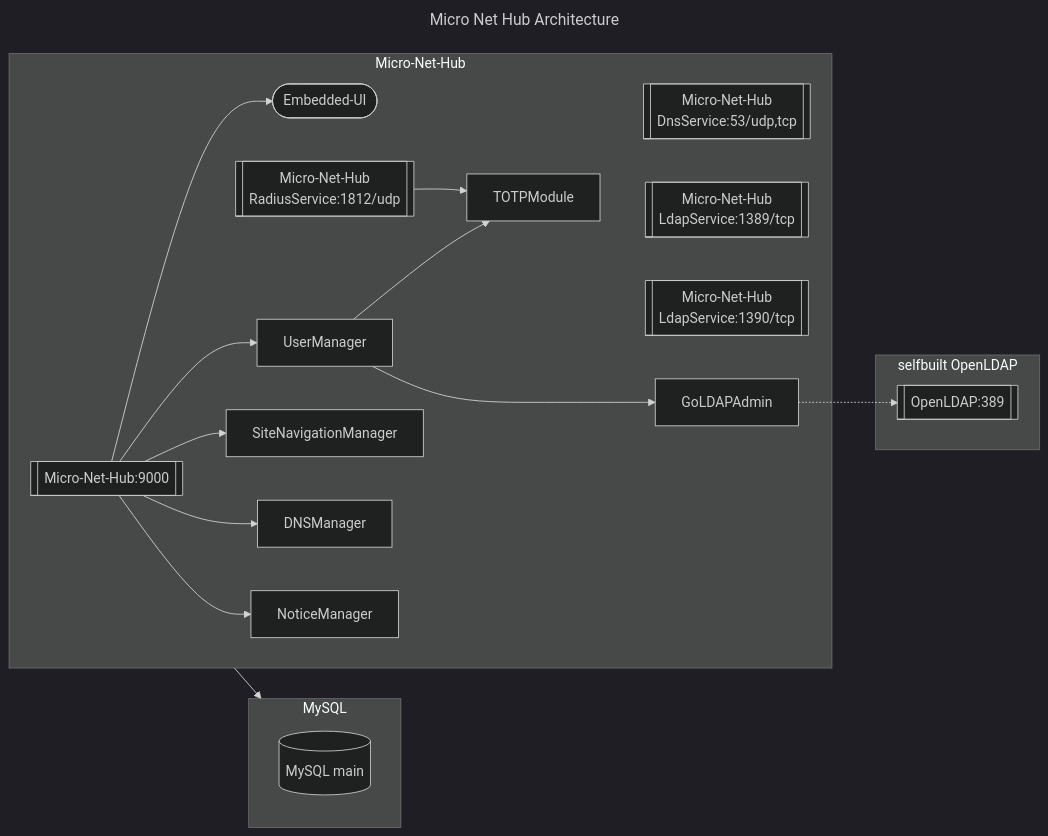
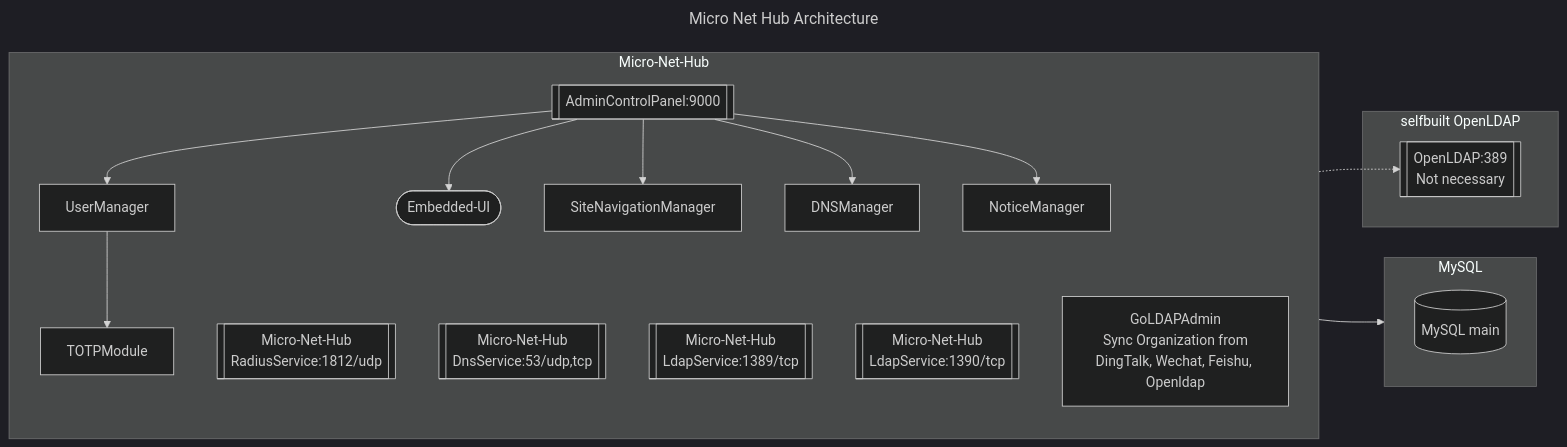
One commit to bagechashu/micro-net-hub changed the diagram in README.md. Above: the diagram before and after it, drawn with Mermaid (dark theme).

Commit message:
update: doc readme

````diff
--- a/README.md
+++ b/README.md
@@ -33,42 +33,39 @@
 ```mermaid
 ---
 title: Micro Net Hub Architecture
 ---
 flowchart LR
-  %% Service provide by third-party, need deployed by yourself.
-  subgraph selfbuilt OpenLDAP
-   openldap[[OpenLDAP:389]]
-  end
-
   %% Database
   subgraph MySQL
     mysql-main[(MySQL main)]
   end
 
   subgraph Micro-Net-Hub
-    main[[Micro-Net-Hub:9000]]
+    admin[[AdminControlPanel:9000]]
     ui([Embedded-UI])
 
-    main --> UserManager
+    admin --> UserManager
     UserManager --> TOTPModule
+
+    admin --> ui
+    admin --> SiteNavigationManager
+    admin --> DNSManager
+    admin --> NoticeManager
+    
     radius[[Micro-Net-Hub<br>RadiusService:1812/udp]]
-    radius --> TOTPModule
-
-    main --> ui
-    main --> SiteNavigationManager
-    main --> DNSManager
-    main --> NoticeManager
-    
-
     embdns[[Micro-Net-Hub<br>DnsService:53/udp,tcp]]
-
     embLdap[[Micro-Net-Hub<br>LdapService:1389/tcp]]
     embLdapWithTotpVerify[[Micro-Net-Hub<br>LdapService:1390/tcp]]
 
-    UserManager ---> GoLDAPAdmin
+    GoLDAPAdmin[GoLDAPAdmin<br>Sync Organization from<br>DingTalk, Wechat, Feishu, Openldap]
   end
 
   Micro-Net-Hub --> MySQL
-  GoLDAPAdmin -.-> openldap
 
+  %% Service provide by third-party, need deployed by yourself.
+  subgraph selfbuilt OpenLDAP
+   openldap[[OpenLDAP:389<br>Not necessary]]
+  end
+
+  Micro-Net-Hub -.-> openldap
 ```
````
